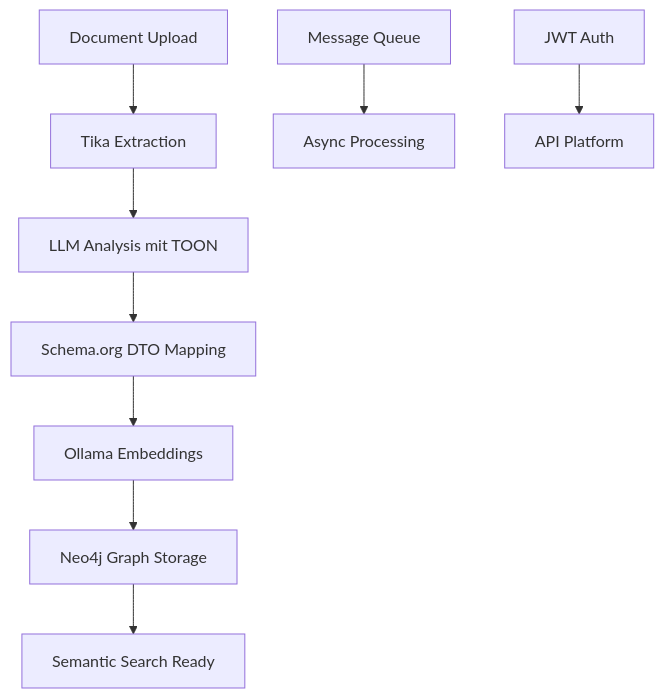
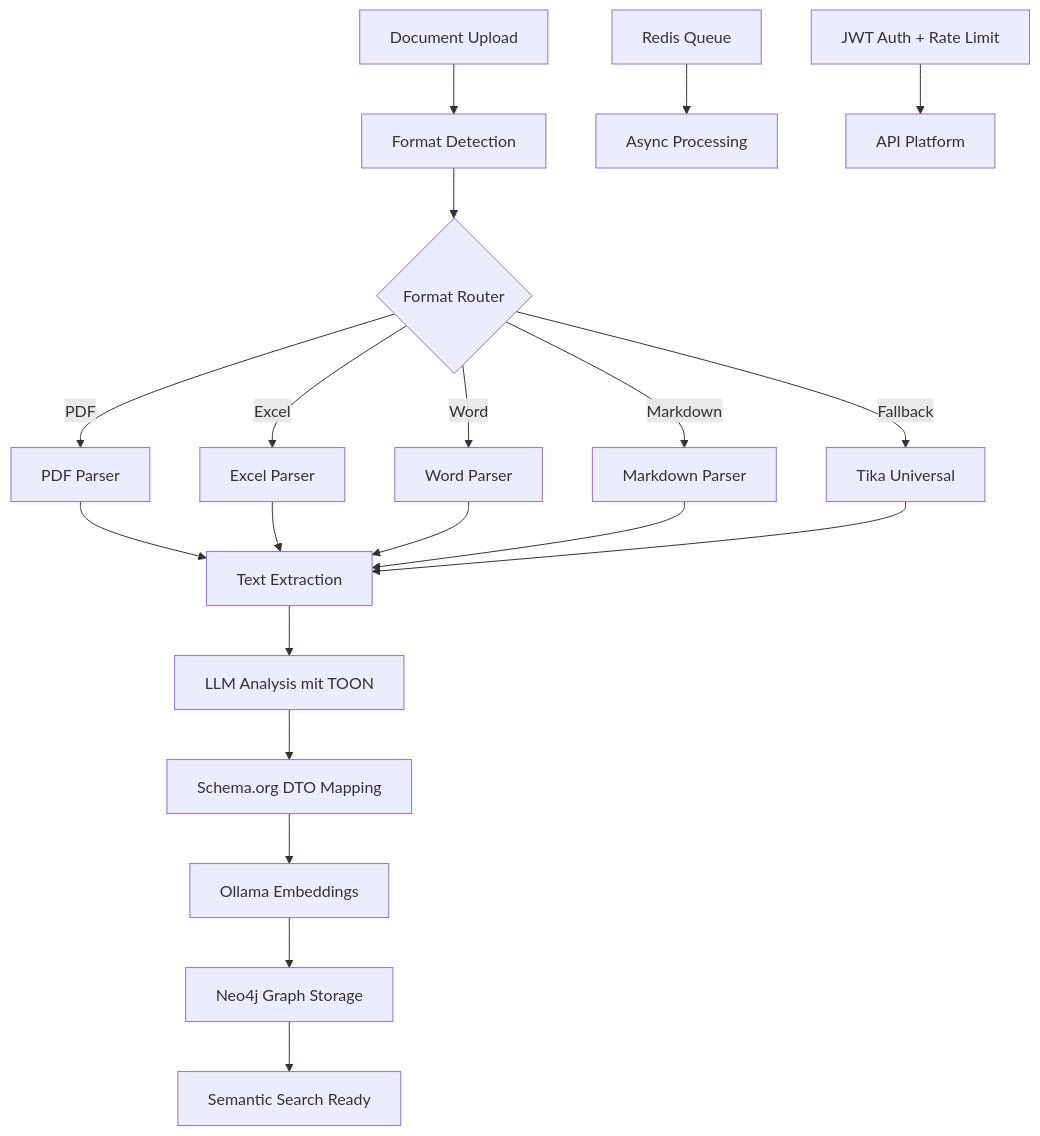
The diagram in README.md (Episch/RAG-Inald), drawn with Mermaid before and after one commit. The commit also changed other lines of this file and 19 other files, not shown here.

Commit message:
[FEATURE] change extraction architecture

````diff
--- a/README.md
+++ b/README.md
@@ -206,12 +215,19 @@
 ```mermaid
 graph TB
-    A[Document Upload] --> B[Tika Extraction]
-    B --> C[LLM Analysis mit TOON]
-    C --> D[Schema.org DTO Mapping]
-    D --> E[Ollama Embeddings]
-    E --> F[Neo4j Graph Storage]
-    F --> G[Semantic Search Ready]
+    A[Document Upload] --> B[Format Detection]
+    B --> C{Format Router}
+    C -->|PDF| D1[PDF Parser]
+    C -->|Excel| D2[Excel Parser]
+    C -->|Word| D3[Word Parser]
+    C -->|Markdown| D4[Markdown Parser]
+    C -->|Fallback| D5[Tika Universal]
+    D1 & D2 & D3 & D4 & D5 --> E[Text Extraction]
+    E --> F[LLM Analysis mit TOON]
+    F --> G[Schema.org DTO Mapping]
+    G --> H[Ollama Embeddings]
+    H --> I[Neo4j Graph Storage]
+    I --> J[Semantic Search Ready]
     
-    H[Message Queue] --> I[Async Processing]
-    J[JWT Auth] --> K[API Platform]
+    K[Redis Queue] --> L[Async Processing]
+    M[JWT Auth + Rate Limit] --> N[API Platform]
 ```
````
